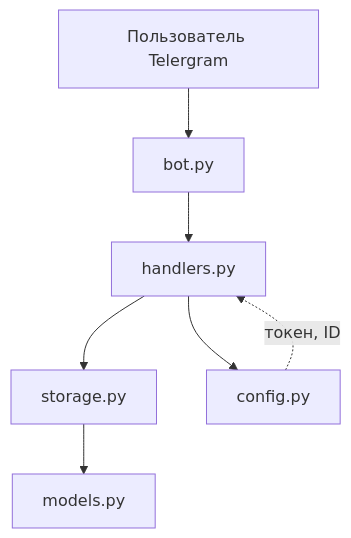
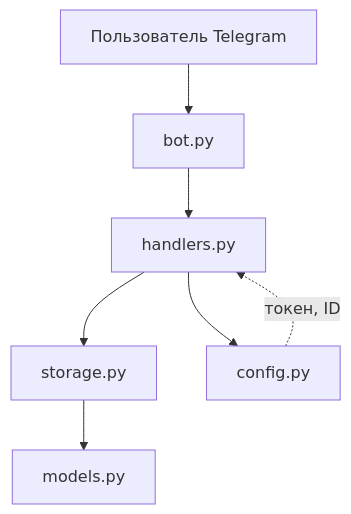
The diagram in README.md (kazumasatovich/telegram-crm-bot), drawn with Mermaid before and after one commit.

Commit message:
Fix typo in user description in README.md

````diff
--- a/README.md
+++ b/README.md
@@ -22,9 +22,9 @@
 ```mermaid
 flowchart TD
-    U[Пользователь Telergram] --> B[bot.py]
+    U[Пользователь Telegram] --> B[bot.py]
     B --> H[handlers.py]
     H --> S[storage.py]
     H --> C[config.py]
     S --> M[models.py]
     C -.->|токен, ID| H
 ```
````
